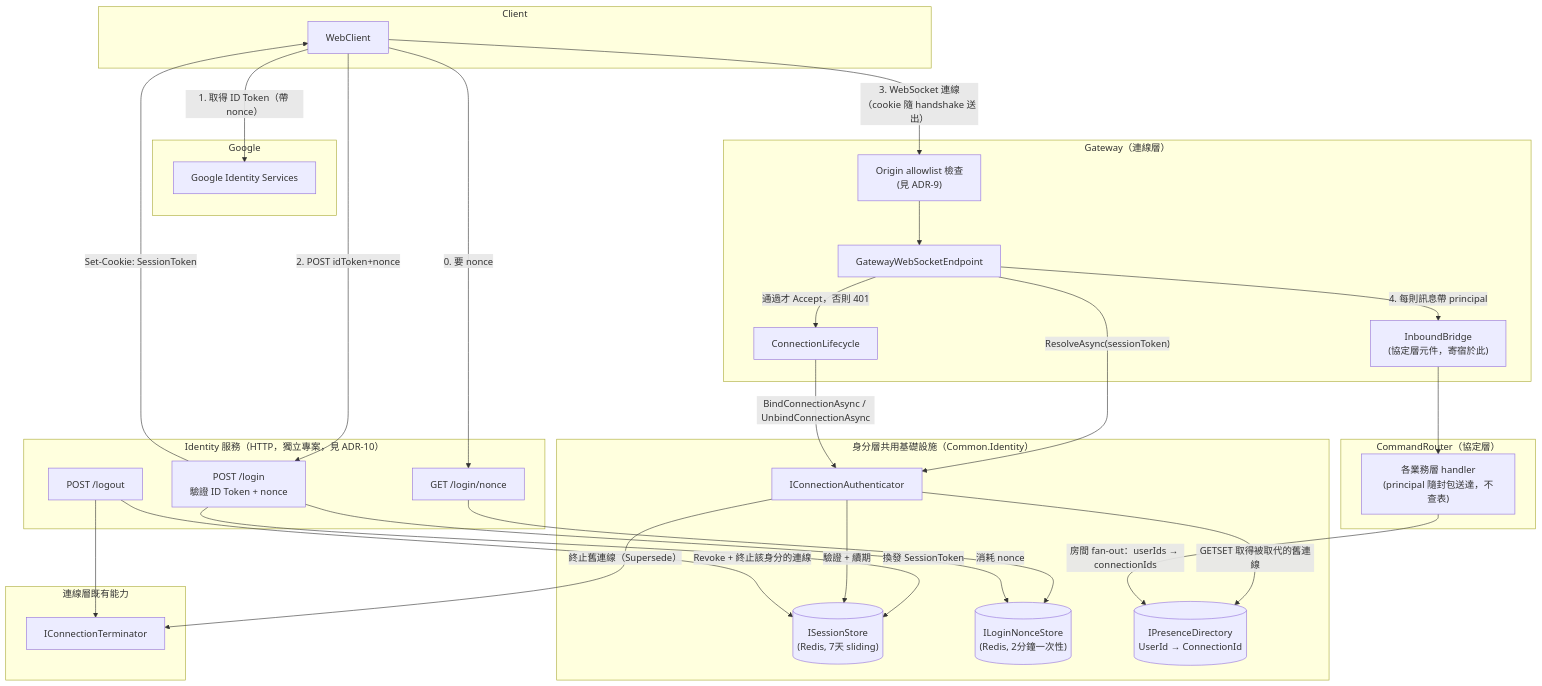
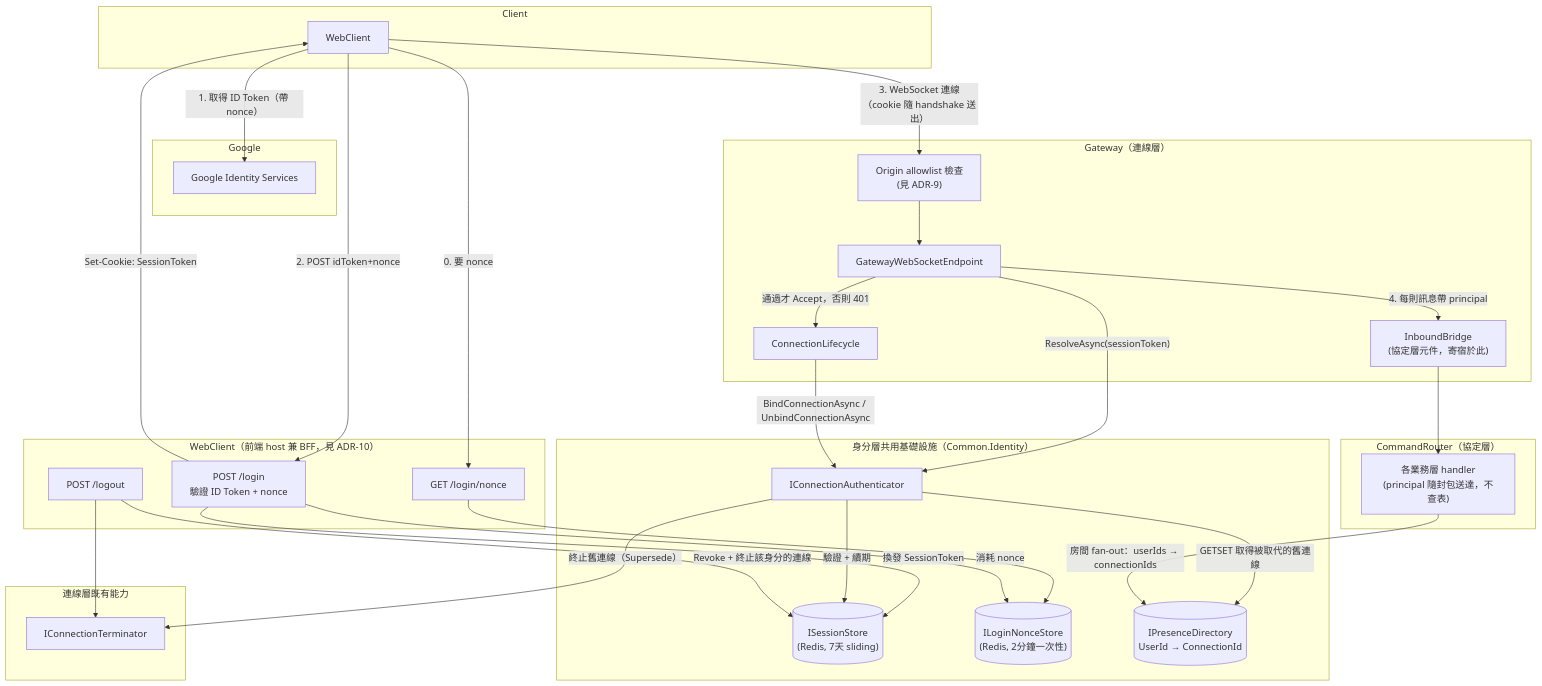
One commit to yggdrasill-dev/ChatSystem changed the first of 5 diagrams in docs/architecture/identity-layer.md. Above: the diagram before and after it, drawn with Mermaid. The commit also changed other lines of this file and 29 other files, not shown here.

First line of the commit message:
feat(identity-layer): 新增 WebClient 專案與登入/登出 endpoint

````diff
--- a/docs/architecture/identity-layer.md
+++ b/docs/architecture/identity-layer.md
@@ -49,61 +51,61 @@
 ```mermaid
 graph TB
     subgraph Client
         WC[WebClient]
     end
 
     subgraph Google
         G[Google Identity Services]
     end
 
-    subgraph "Identity 服務（HTTP，獨立專案，見 ADR-10）"
+    subgraph "WebClient（前端 host 兼 BFF，見 ADR-10）"
         NO["GET /login/nonce"]
         LI["POST /login\n驗證 ID Token + nonce"]
         LO["POST /logout"]
     end
 
     subgraph "身分層共用基礎設施（Common.Identity）"
         SS[("ISessionStore\n(Redis, 7天 sliding)")]
         NS[("ILoginNonceStore\n(Redis, 2分鐘一次性)")]
         PD[("IPresenceDirectory\nUserId → ConnectionId")]
         CA["IConnectionAuthenticator"]
     end
 
     subgraph "Gateway（連線層）"
         OR["Origin allowlist 檢查\n(見 ADR-9)"]
         WS[GatewayWebSocketEndpoint]
         CL[ConnectionLifecycle]
         BR["InboundBridge\n(協定層元件，寄宿於此)"]
     end
 
     subgraph "CommandRouter（協定層）"
         H["各業務層 handler\n(principal 隨封包送達，不查表)"]
     end
 
     subgraph "連線層既有能力"
         CT[IConnectionTerminator]
     end
 
     WC -- "1. 取得 ID Token（帶 nonce）" --> G
     WC -- "0. 要 nonce" --> NO
     NO --> NS
     WC -- "2. POST idToken+nonce" --> LI
     LI -- 消耗 nonce --> NS
     LI -- 換發 SessionToken --> SS
     LI -- "Set-Cookie: SessionToken" --> WC
 
     WC -- "3. WebSocket 連線（cookie 隨 handshake 送出）" --> OR
     OR --> WS
     WS -- "ResolveAsync(sessionToken)" --> CA
     CA -- "驗證 + 續期" --> SS
     WS -- "通過才 Accept，否則 401" --> CL
     CL -- "BindConnectionAsync / UnbindConnectionAsync" --> CA
     CA -- "GETSET 取得被取代的舊連線" --> PD
     CA -- "終止舊連線（Supersede）" --> CT
 
     WS -- "4. 每則訊息帶 principal" --> BR
     BR --> H
     LO -- "Revoke + 終止該身分的連線" --> SS
     LO --> CT
     H -- "房間 fan-out：userIds → connectionIds" --> PD
 ```
````
